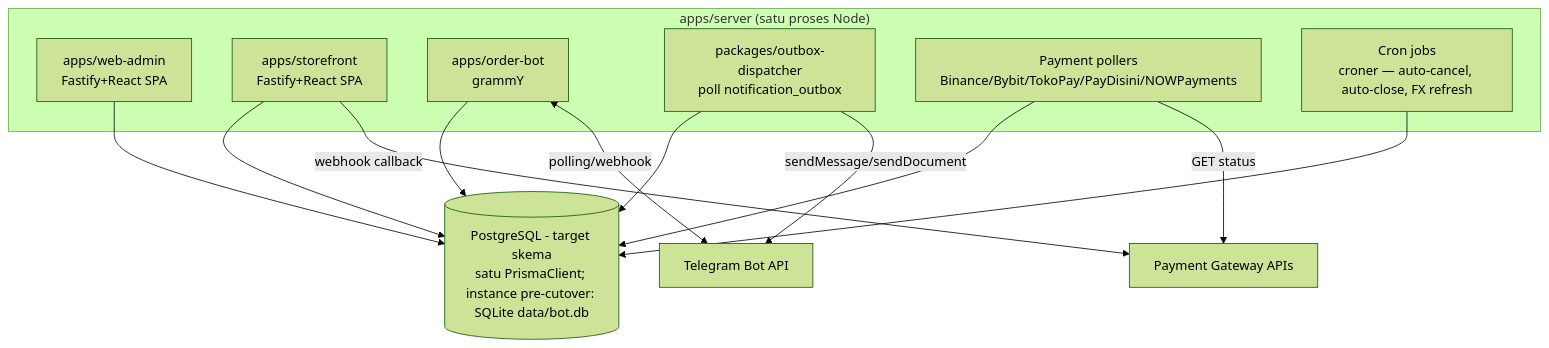
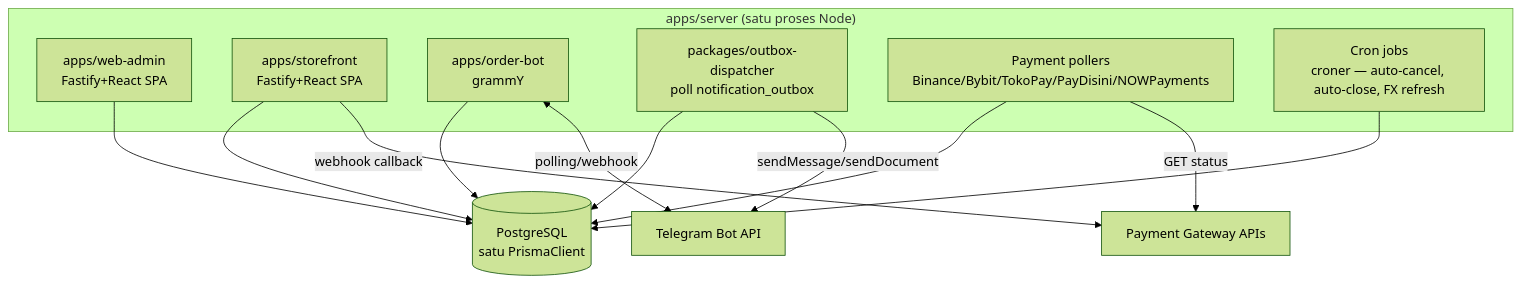
One commit to ilhamalifsaputra/web-and-bot-order changed the first of 2 diagrams in docs/arsitektur/ARCHITECTURE.md. Above: the diagram before and after it, drawn with Mermaid (forest theme). The commit also changed other lines of this file and 18 other files, not shown here.

Commit message:
Rewrite live docs as PostgreSQL-only and drop links to deleted SQLite files

````diff
--- a/docs/arsitektur/ARCHITECTURE.md
+++ b/docs/arsitektur/ARCHITECTURE.md
@@ -62,25 +57,25 @@
 ```mermaid
 graph TD
     subgraph "apps/server (satu proses Node)"
         Admin[apps/web-admin<br/>Fastify+React SPA]
         Shop[apps/storefront<br/>Fastify+React SPA]
         Bot[apps/order-bot<br/>grammY]
         Outbox[packages/outbox-dispatcher<br/>poll notification_outbox]
         Pollers[Payment pollers<br/>Binance/Bybit/TokoPay/PayDisini/NOWPayments]
         Cron[Cron jobs<br/>croner — auto-cancel, auto-close, FX refresh]
     end
-    DB[(PostgreSQL - target skema<br/>satu PrismaClient; instance pre-cutover: SQLite data/bot.db)]
+    DB[(PostgreSQL<br/>satu PrismaClient)]
     TG[Telegram Bot API]
     GW[Payment Gateway APIs]
 
     Admin --> DB
     Shop --> DB
     Bot --> DB
     Outbox --> DB
     Outbox -->|sendMessage/sendDocument| TG
     Bot <-->|polling/webhook| TG
     Pollers --> DB
     Pollers -->|GET status| GW
     Shop -->|webhook callback| GW
     Cron --> DB
 ```
````
